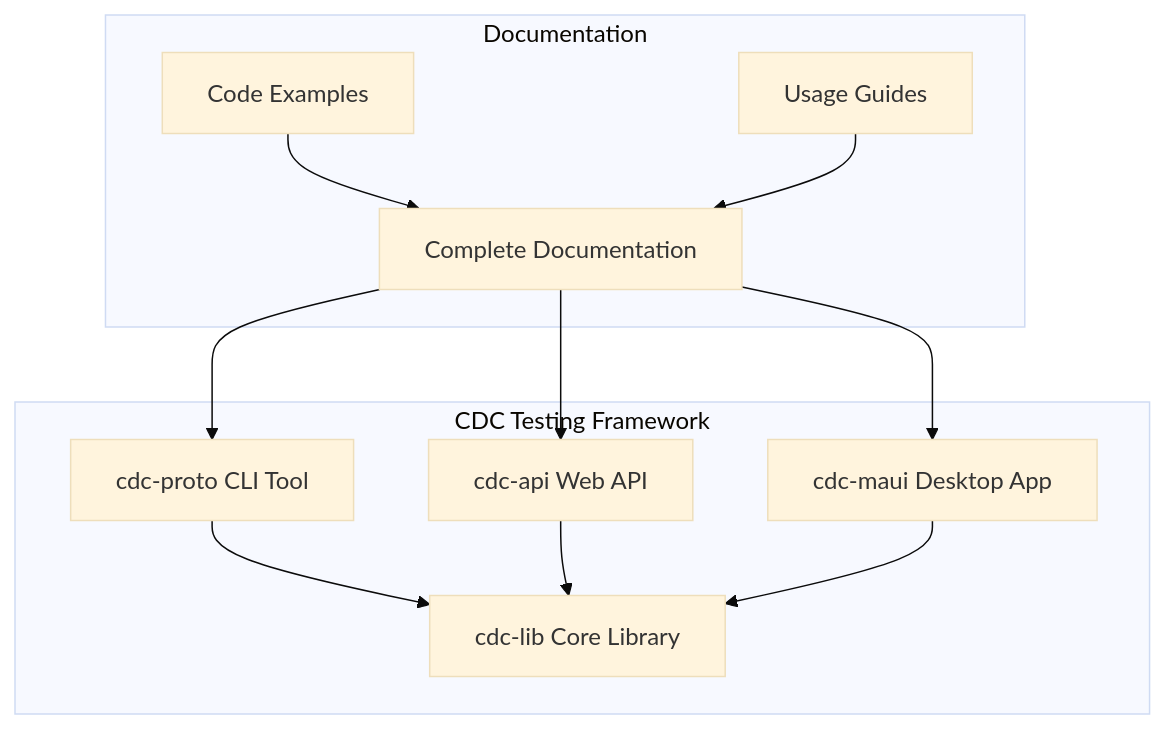
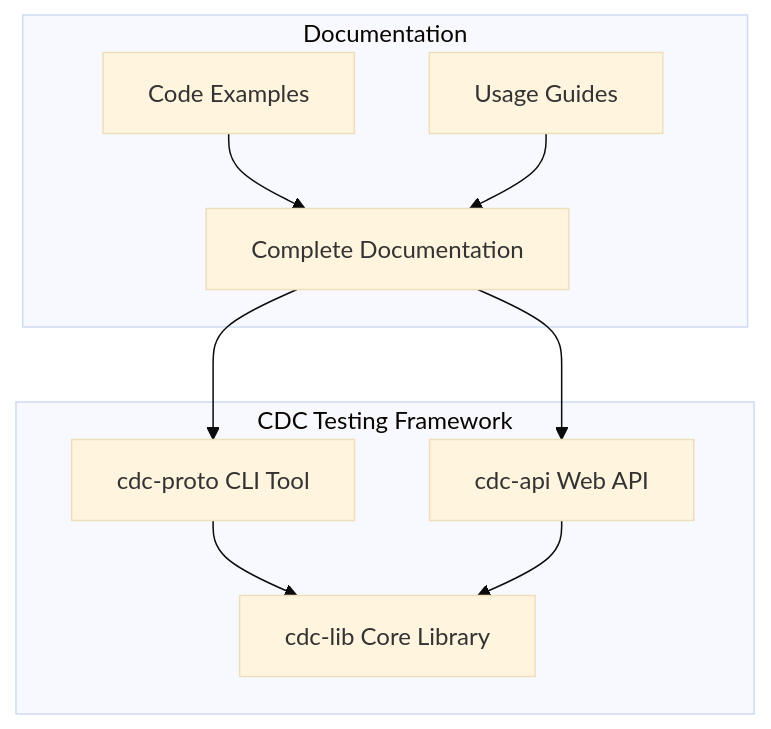
One commit to ericroliver/cdc-me changed the diagram in docs/README.md. Above: the diagram before and after it, drawn with Mermaid (base theme). The commit also changed other lines of this file and 44 other files, not shown here.

Commit message:
removing the maui app

````diff
--- a/docs/README.md
+++ b/docs/README.md
@@ -68,24 +66,21 @@
 ```mermaid
 graph TB
     subgraph "CDC Testing Framework"
         CLI[cdc-proto CLI Tool]
         LIB[cdc-lib Core Library]
         API[cdc-api Web API]
-        MAUI[cdc-maui Desktop App]
     end
 
     subgraph "Documentation"
         DOCS[Complete Documentation]
         EXAMPLES[Code Examples]
         GUIDES[Usage Guides]
     end
 
     CLI --> LIB
     API --> LIB
-    MAUI --> LIB
     DOCS --> CLI
     DOCS --> API
-    DOCS --> MAUI
     EXAMPLES --> DOCS
     GUIDES --> DOCS
 ```
````
